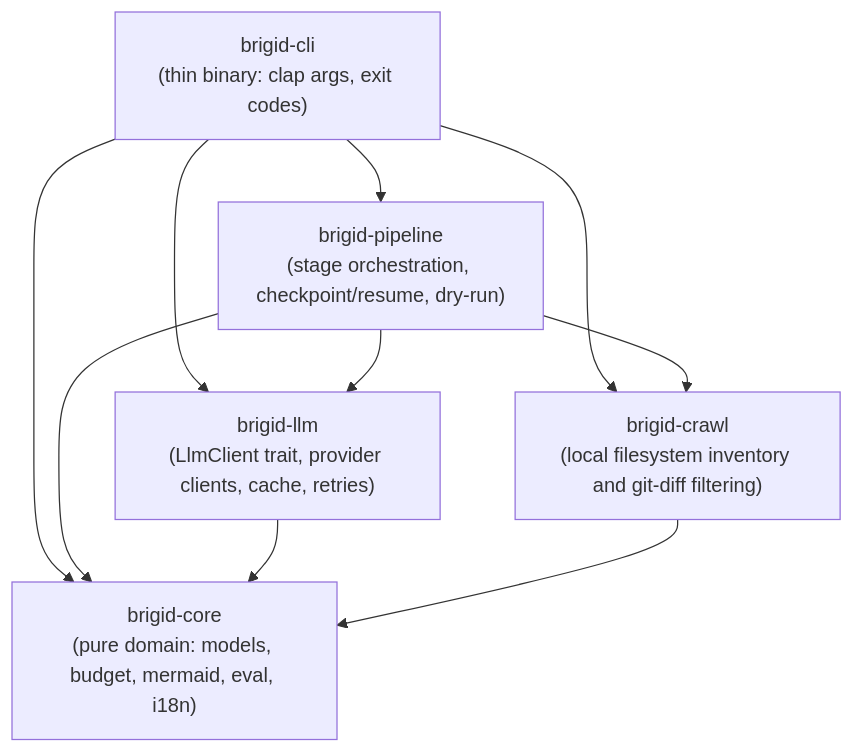
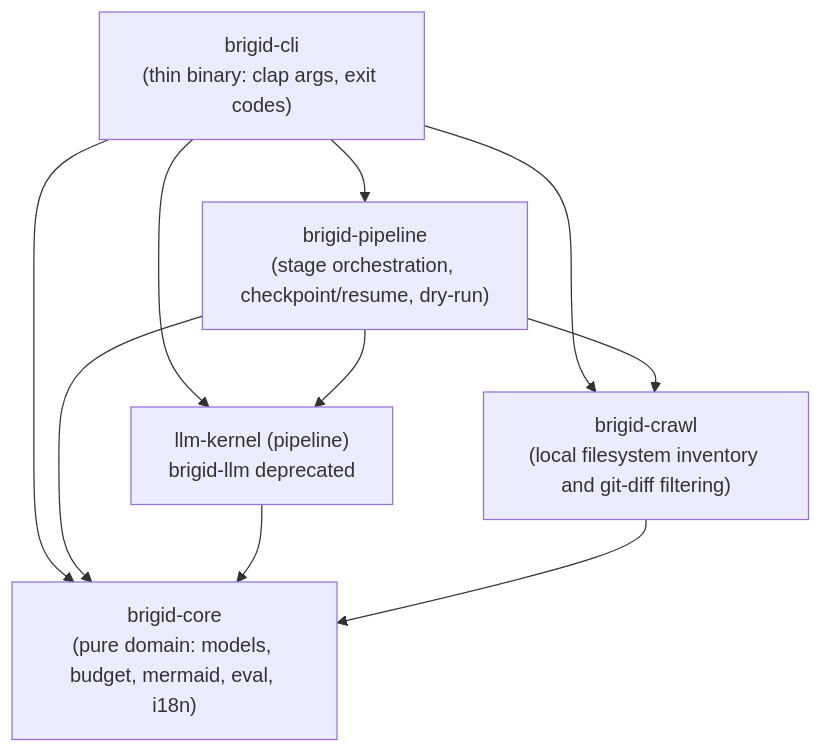
Before and after one commit to igmarin/brigid: the first of 3 diagrams in ARCHITECTURE.md, drawn with Mermaid. The commit also changed 44 other files, not shown here.

````diff
--- a/ARCHITECTURE.md
+++ b/ARCHITECTURE.md
@@ -18,18 +18,18 @@
 ```mermaid
 graph TD
     CLI["brigid-cli<br/>(thin binary: clap args, exit codes)"]
     Pipeline["brigid-pipeline<br/>(stage orchestration, checkpoint/resume, dry-run)"]
-    LLM["brigid-llm<br/>(LlmClient trait, provider clients, cache, retries)"]
+    LLM["llm-kernel (pipeline)<br/>brigid-llm deprecated"]
     Crawl["brigid-crawl<br/>(local filesystem inventory and git-diff filtering)"]
     Core["brigid-core<br/>(pure domain: models, budget, mermaid, eval, i18n)"]
 
     CLI --> Pipeline
     CLI --> LLM
     CLI --> Crawl
     CLI --> Core
     Pipeline --> LLM
     Pipeline --> Crawl
     Pipeline --> Core
     LLM --> Core
     Crawl --> Core
 ```
````
